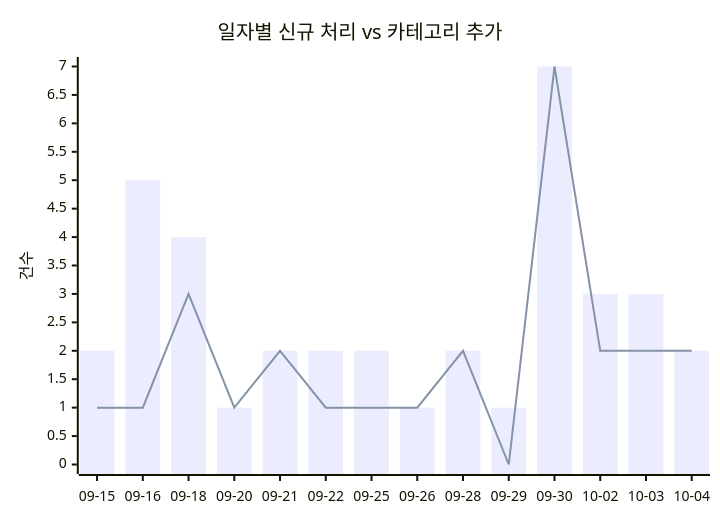
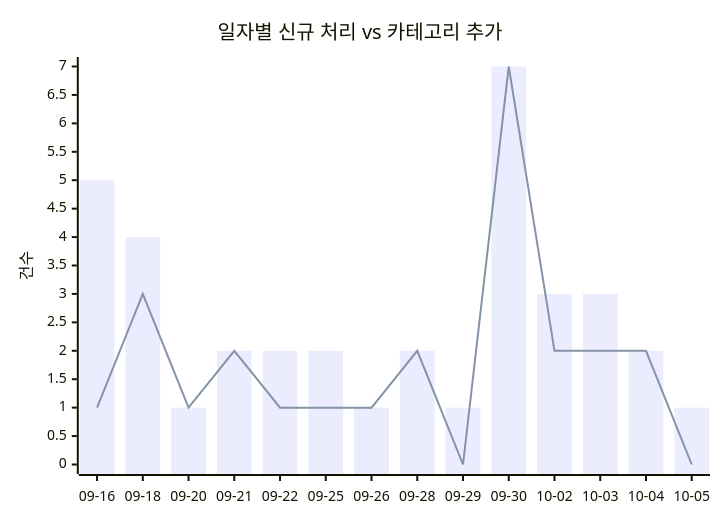
The first of 2 diagrams in docs/trends.md (J-nowcow/awesome-korean-agent-skills), drawn with Mermaid before and after one commit. The commit also changed other lines of this file and 27 other files, not shown here.

````diff
--- a/docs/trends.md
+++ b/docs/trends.md
@@ -32,8 +32,8 @@
 ```mermaid
 xychart-beta
     title "일자별 신규 처리 vs 카테고리 추가"
-    x-axis ["09-15","09-16","09-18","09-20","09-21","09-22","09-25","09-26","09-28","09-29","09-30","10-02","10-03","10-04"]
+    x-axis ["09-16","09-18","09-20","09-21","09-22","09-25","09-26","09-28","09-29","09-30","10-02","10-03","10-04","10-05"]
     y-axis "건수"
-    bar [2,5,4,1,2,2,2,1,2,1,7,3,3,2]
-    line [1,1,3,1,2,1,1,1,2,0,7,2,2,2]
+    bar [5,4,1,2,2,2,1,2,1,7,3,3,2,1]
+    line [1,3,1,2,1,1,1,2,0,7,2,2,2,0]
 ```
````
